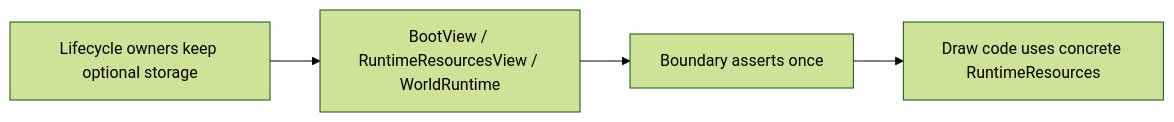
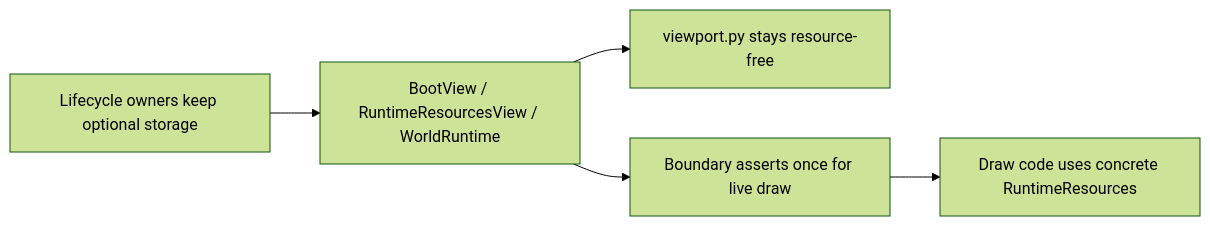
Before and after one commit to banteg/crimson: the fifth of 5 diagrams in docs/rewrite/resource-lifecycle.md, drawn with Mermaid (forest theme). The commit also changed other lines of this file, not shown here.

Commit message:
docs: refresh resource lifecycle memo

````diff
--- a/docs/rewrite/resource-lifecycle.md
+++ b/docs/rewrite/resource-lifecycle.md
@@ -120,6 +123,7 @@
 ```mermaid
 flowchart LR
     A["Lifecycle owners keep optional storage"] --> B["BootView / RuntimeResourcesView / WorldRuntime"]
-    B --> C["Boundary asserts once"]
-    C --> D["Draw code uses concrete RuntimeResources"]
+    B --> C["viewport.py stays resource-free"]
+    B --> D["Boundary asserts once for live draw"]
+    D --> E["Draw code uses concrete RuntimeResources"]
 ```
````
